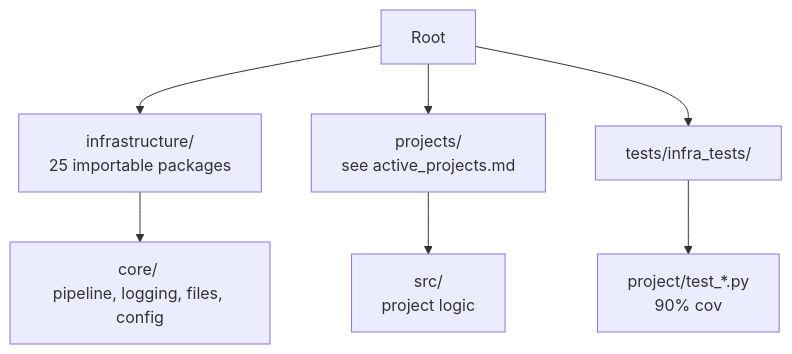
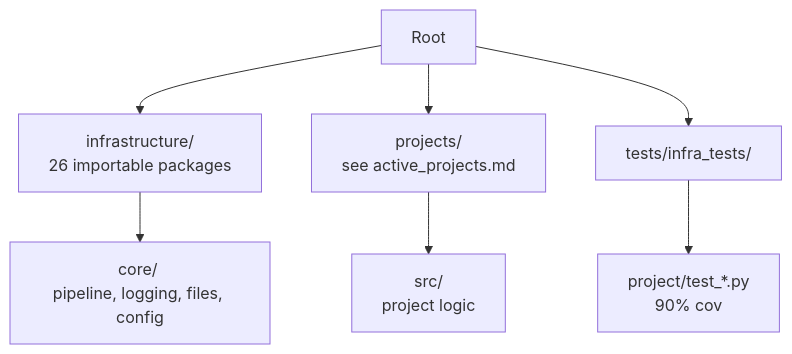
The diagram in docs/_generated/COUNTS.md (docxology/template), drawn with Mermaid before and after one commit. The commit also changed other lines of this file and 22 other files, not shown here.

````diff
--- a/docs/_generated/COUNTS.md
+++ b/docs/_generated/COUNTS.md
@@ -227,9 +228,9 @@
 ```mermaid
 flowchart TD
-    Root[Root] --> Infra[infrastructure/ <br/>25 importable packages]
+    Root[Root] --> Infra[infrastructure/ <br/>26 importable packages]
     Root --> Projects[projects/ <br/>see active_projects.md]
     Root --> Tests[tests/infra_tests/]
     Infra --> Core[core/ <br/>pipeline, logging, files, config]
     Projects --> Src[src/ <br/>project logic]
     Tests --> ProjectTests[project/test_*.py <br/>90% cov]
 ```
````
